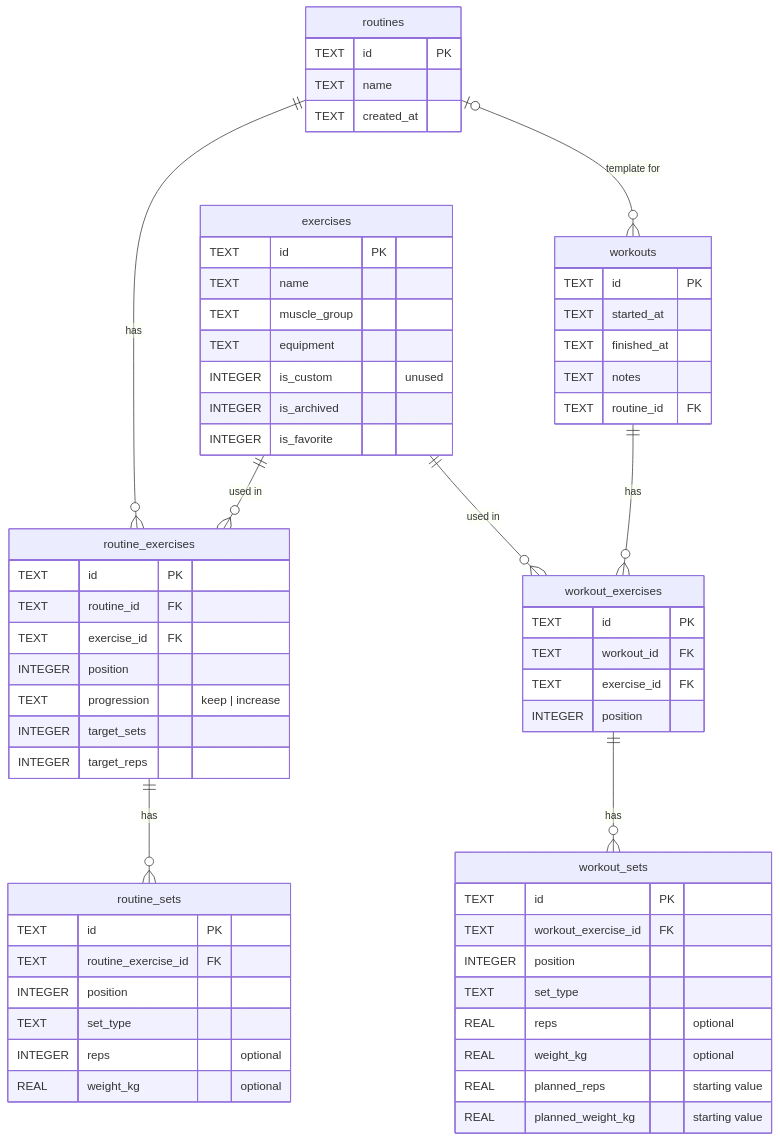
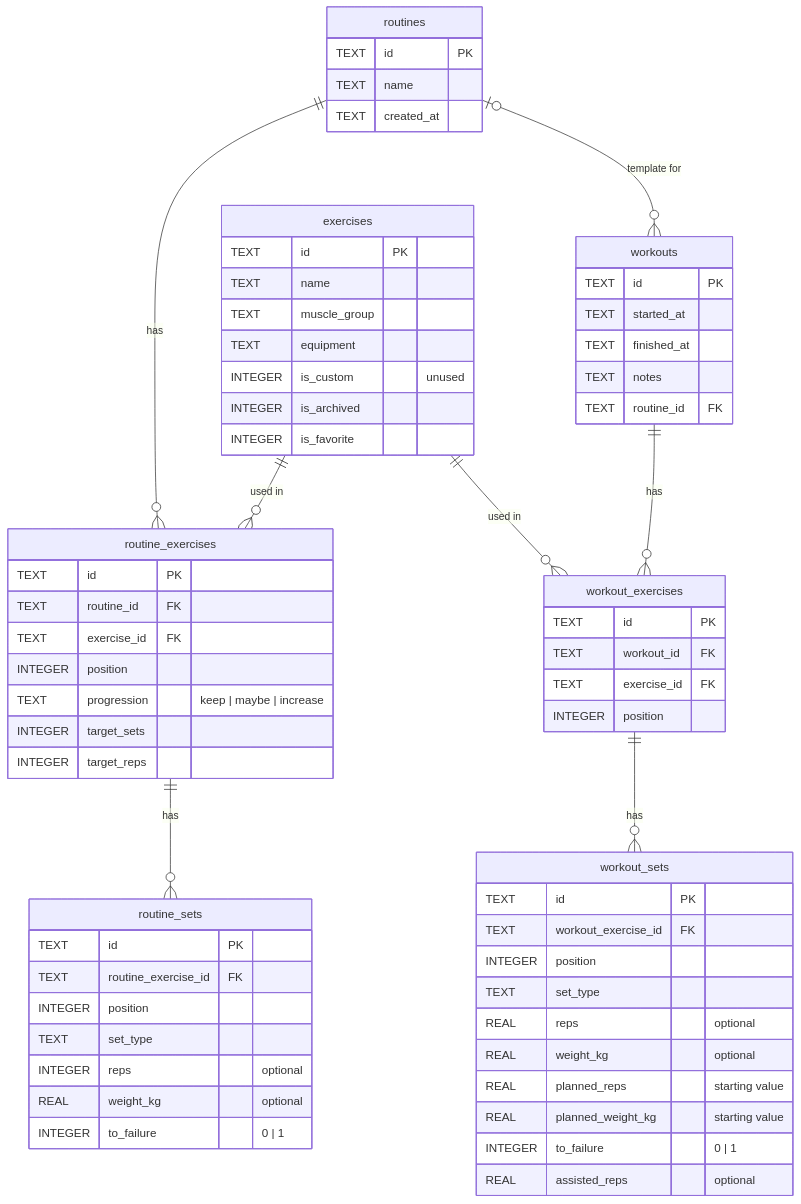
Before and after one commit to ABorges2003/GymLog: the first of 3 diagrams in README.md, drawn with Mermaid. The commit also changed other lines of this file and 42 other files, not shown here.

````diff
--- a/README.md
+++ b/README.md
@@ -120,65 +122,68 @@
 ```mermaid
 erDiagram
     routines ||--o{ routine_exercises : "has"
     routine_exercises ||--o{ routine_sets : "has"
     routines |o--o{ workouts : "template for"
     exercises ||--o{ routine_exercises : "used in"
     exercises ||--o{ workout_exercises : "used in"
     workouts ||--o{ workout_exercises : "has"
     workout_exercises ||--o{ workout_sets : "has"
 
     routines {
         TEXT id PK
         TEXT name
         TEXT created_at
     }
     routine_exercises {
         TEXT id PK
         TEXT routine_id FK
         TEXT exercise_id FK
         INTEGER position
-        TEXT progression "keep | increase"
+        TEXT progression "keep | maybe | increase"
         INTEGER target_sets
         INTEGER target_reps
     }
     routine_sets {
         TEXT id PK
         TEXT routine_exercise_id FK
         INTEGER position
         TEXT set_type
         INTEGER reps "optional"
         REAL weight_kg "optional"
+        INTEGER to_failure "0 | 1"
     }
     exercises {
         TEXT id PK
         TEXT name
         TEXT muscle_group
         TEXT equipment
         INTEGER is_custom "unused"
         INTEGER is_archived
         INTEGER is_favorite
     }
     workouts {
         TEXT id PK
         TEXT started_at
         TEXT finished_at
         TEXT notes
         TEXT routine_id FK
     }
     workout_exercises {
         TEXT id PK
         TEXT workout_id FK
         TEXT exercise_id FK
         INTEGER position
     }
     workout_sets {
         TEXT id PK
         TEXT workout_exercise_id FK
         INTEGER position
         TEXT set_type
         REAL reps "optional"
         REAL weight_kg "optional"
         REAL planned_reps "starting value"
         REAL planned_weight_kg "starting value"
+        INTEGER to_failure "0 | 1"
+        REAL assisted_reps "optional"
     }
 ```
````
